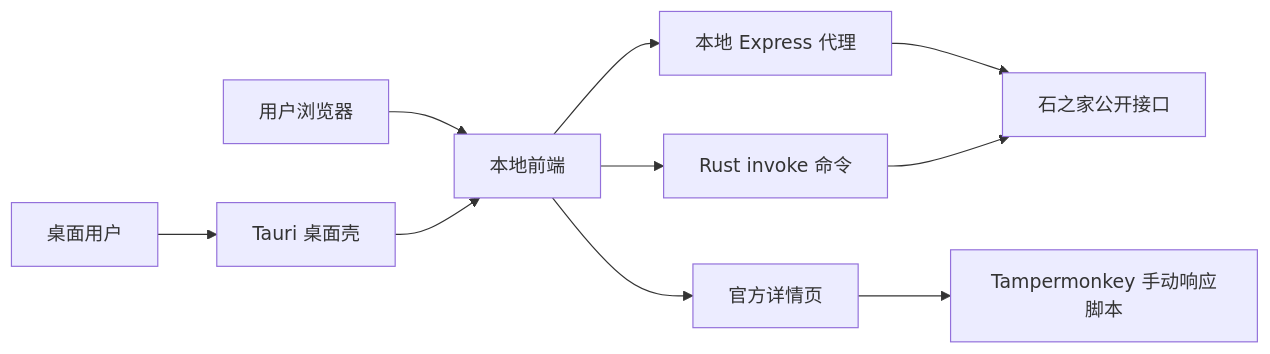
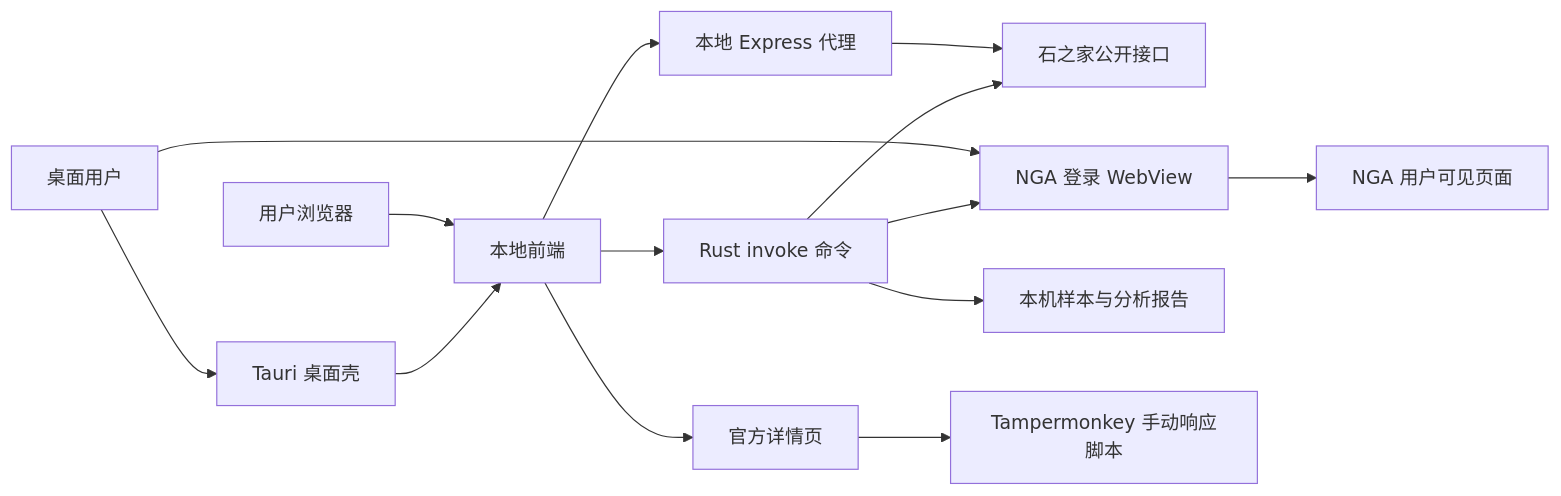
Before and after one commit to today080221/risingstones-partyfinder-helper: the diagram in docs/architecture.md, drawn with Mermaid. The commit also changed other lines of this file and 26 other files, not shown here.

````diff
--- a/docs/architecture.md
+++ b/docs/architecture.md
@@ -14,12 +15,16 @@
 ```mermaid
 flowchart LR
   User["用户浏览器"] --> Web["本地前端"]
   Web --> Api["本地 Express 代理"]
   Api --> Official["石之家公开接口"]
   DesktopUser["桌面用户"] --> Tauri["Tauri 桌面壳"]
   Tauri --> Web
   Web --> Invoke["Rust invoke 命令"]
   Invoke --> Official
+  DesktopUser --> NgaView["NGA 登录 WebView"]
+  NgaView --> NgaSite["NGA 用户可见页面"]
+  Invoke --> NgaView
+  Invoke --> LocalSamples["本机样本与分析报告"]
   Web --> OfficialPage["官方详情页"]
   OfficialPage --> UserScript["Tampermonkey 手动响应脚本"]
 ```
````
